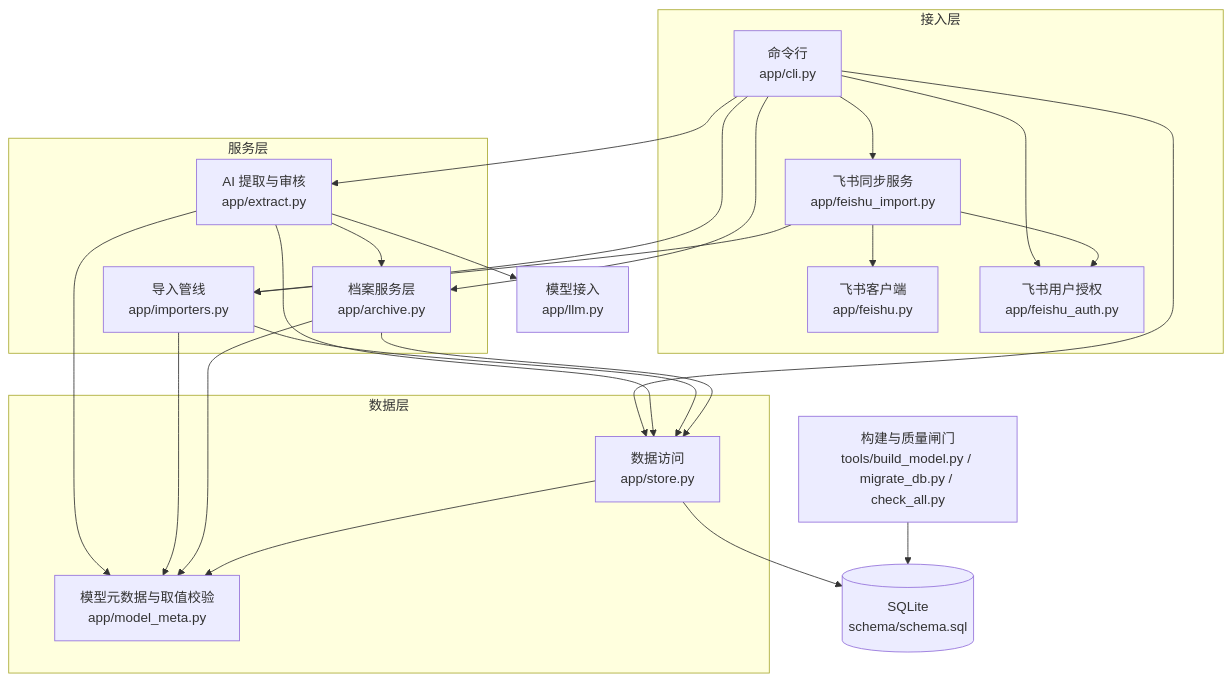
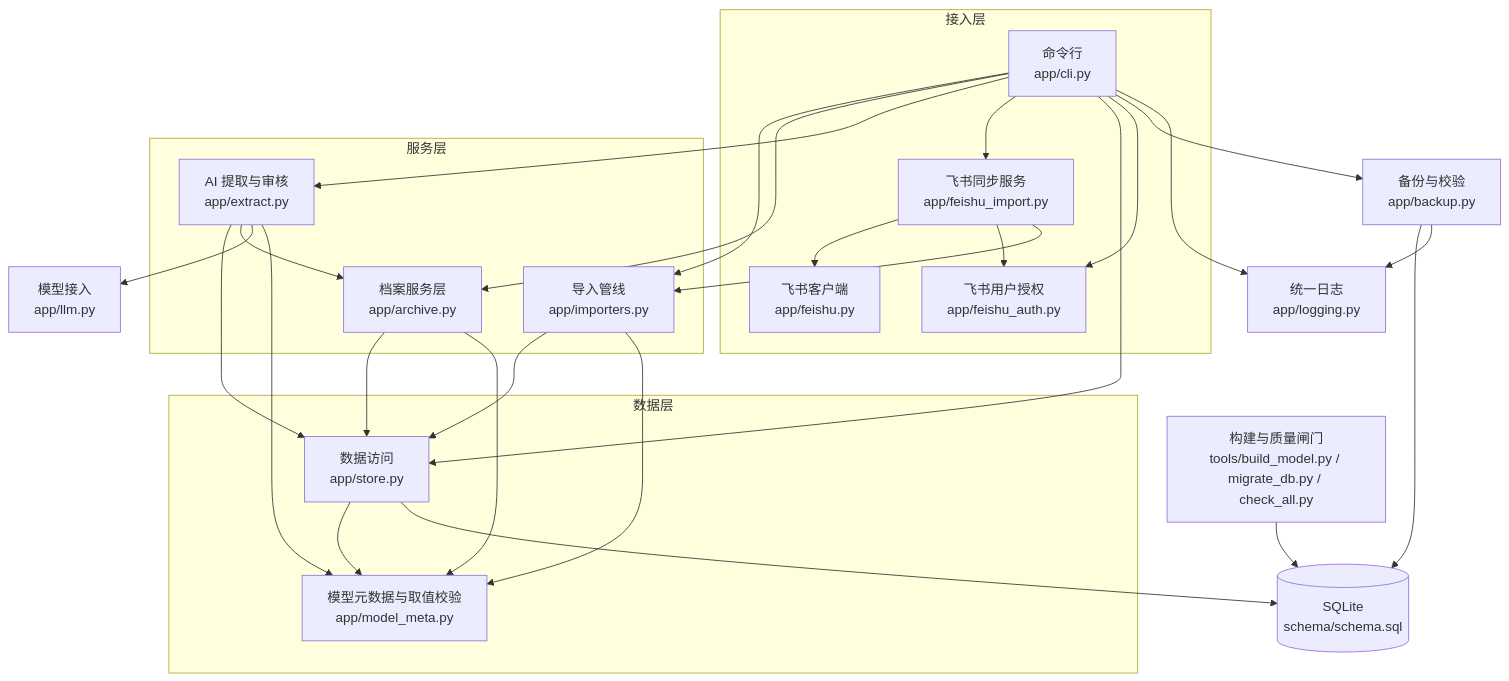
The second of 6 diagrams in docs/架构设计.md (wingfl/Personal-Growth), drawn with Mermaid before and after one commit. The commit also changed other lines of this file and 24 other files, not shown here.

````diff
--- a/docs/架构设计.md
+++ b/docs/架构设计.md
@@ -118,42 +120,48 @@
 ```mermaid
 flowchart TB
   subgraph 接入层
     CLI["命令行<br/>app/cli.py"]
     FSYNC["飞书同步服务<br/>app/feishu_import.py"]
     FCLI["飞书客户端<br/>app/feishu.py"]
     FAUTH["飞书用户授权<br/>app/feishu_auth.py"]
   end
   subgraph 服务层
     IMP["导入管线<br/>app/importers.py"]
     ARC["档案服务层<br/>app/archive.py"]
     EXT["AI 提取与审核<br/>app/extract.py"]
   end
   subgraph 数据层
     ST["数据访问<br/>app/store.py"]
     MM["模型元数据与取值校验<br/>app/model_meta.py"]
   end
   LLM["模型接入<br/>app/llm.py"]
+  BK["备份与校验<br/>app/backup.py"]
+  LOG["统一日志<br/>app/logging.py"]
   DB[("SQLite<br/>schema/schema.sql")]
   TOOLS["构建与质量闸门<br/>tools/build_model.py / migrate_db.py / check_all.py"]
 
   CLI --> IMP
   CLI --> ARC
   CLI --> EXT
   CLI --> FSYNC
   CLI --> ST
   CLI --> FAUTH
+  CLI --> BK
+  CLI --> LOG
+  BK --> DB
+  BK --> LOG
   FSYNC --> FCLI
   FSYNC --> FAUTH
   FSYNC --> IMP
   EXT --> ST
   EXT --> ARC
   EXT --> LLM
   EXT --> MM
   IMP --> ST
   IMP --> MM
   ARC --> ST
   ARC --> MM
   ST --> MM
   ST --> DB
   TOOLS --> DB
 ```
````
